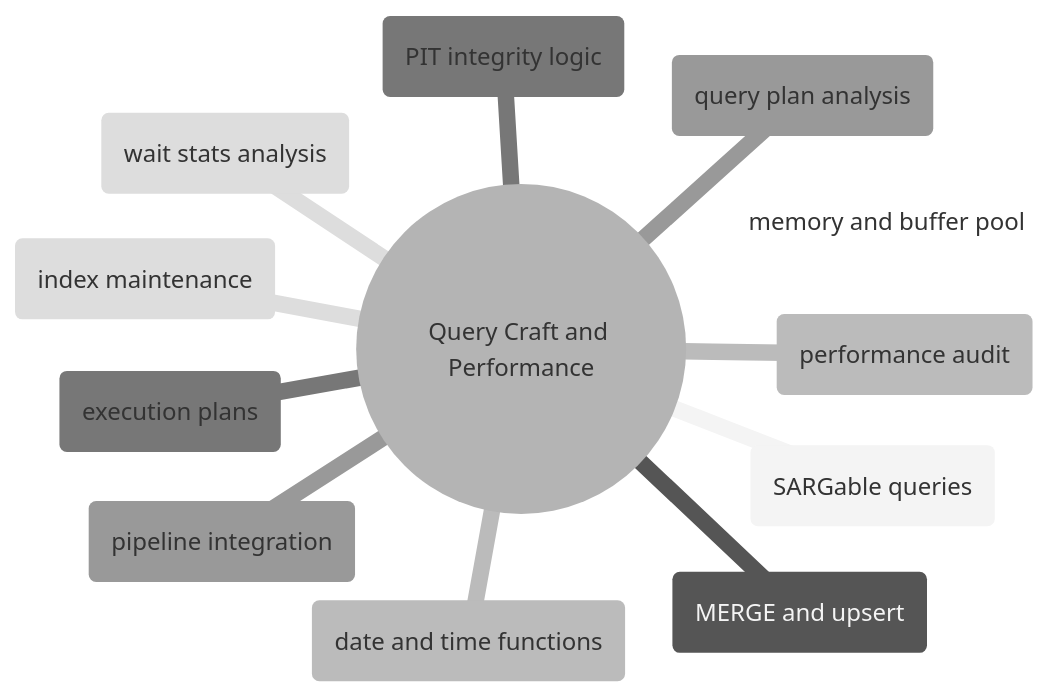
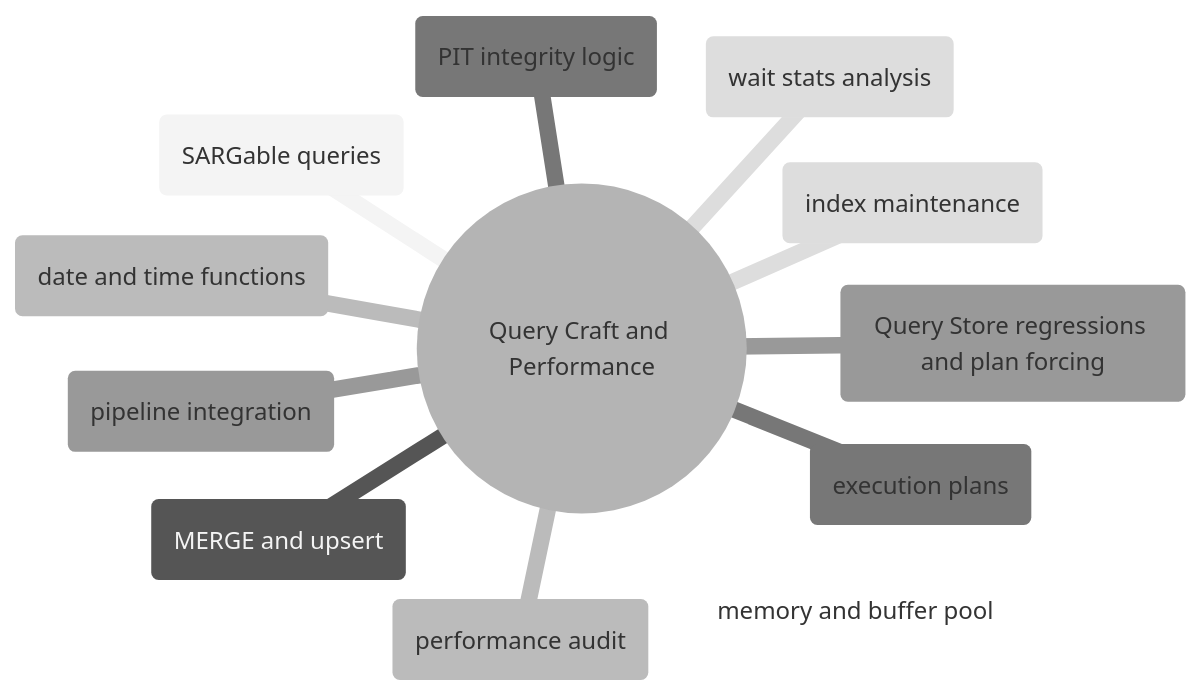
One commit to alp78/elysium changed the diagram in content/04-SQL-Server/Domains/domain-query-craft.md. Above: the diagram before and after it, drawn with Mermaid (neutral theme). The commit also changed other lines of this file and 19 other files, not shown here.

````diff
--- a/content/04-SQL-Server/Domains/domain-query-craft.md
+++ b/content/04-SQL-Server/Domains/domain-query-craft.md
@@ -12,15 +12,15 @@
 ```mermaid
 mindmap
   ((Query Craft and Performance))
     (SARGable queries)
     (MERGE and upsert)
     (date and time functions)
     (execution plans)
-    (query plan analysis)
+    (Query Store regressions and plan forcing)
     (wait stats analysis)
     (memory and buffer pool)
     (index maintenance)
     (performance audit)
     (pipeline integration)
     (PIT integrity logic)
 ```
````
